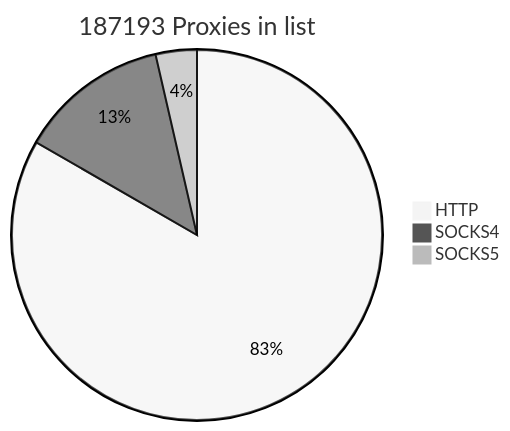
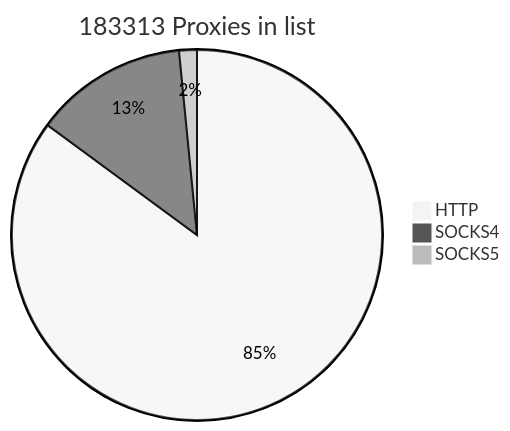
Before and after one commit to cutipu/proxylist: the first of 2 diagrams in README.md, drawn with Mermaid (neutral theme). The commit also changed other lines of this file, not shown here.

````diff
--- a/README.md
+++ b/README.md
@@ -2,7 +2,7 @@
 ```mermaid
-pie title 187193 Proxies in list
+pie title 183313 Proxies in list
     "HTTP" : 155980
     "SOCKS4" : 24487
-    "SOCKS5" : 6726
+    "SOCKS5" : 2846
             
 ```
````
